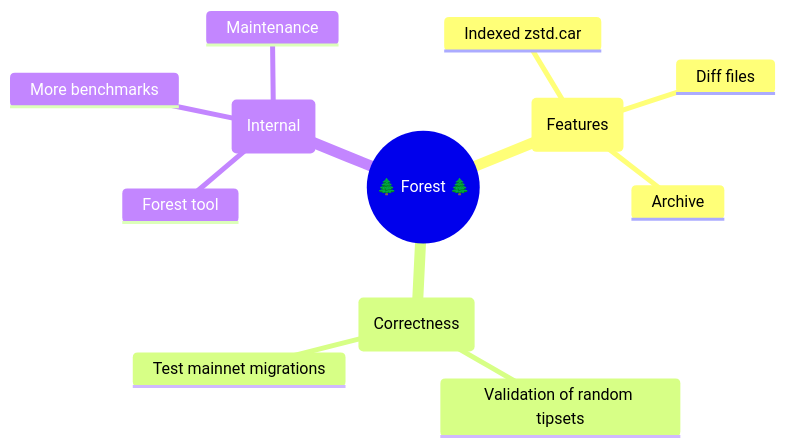
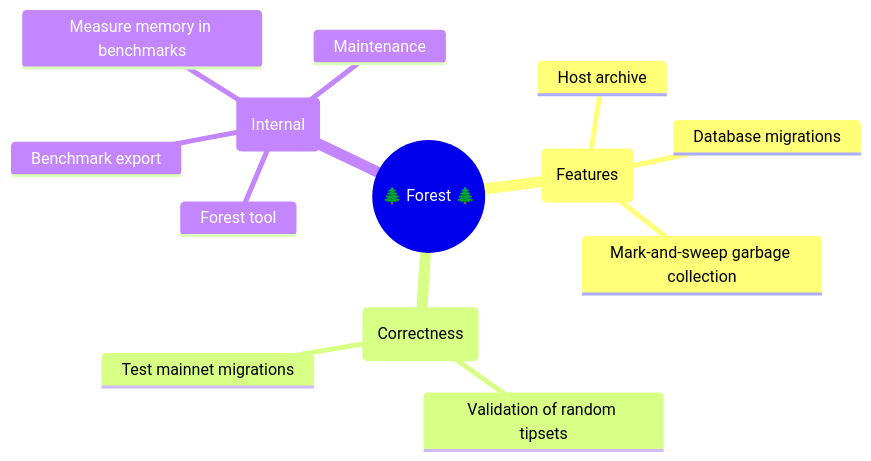
One commit to jennijuju/forest changed the second of 2 diagrams in documentation/mindmaps/2023-07-31.md. Above: the diagram before and after it, drawn with Mermaid.

Commit message:
define sprint goals

````diff
--- a/documentation/mindmaps/2023-07-31.md
+++ b/documentation/mindmaps/2023-07-31.md
@@ -35,15 +35,16 @@
 ```mermaid
 mindmap
   root((🌲 Forest 🌲))
     id(Features)
-      Indexed zstd.car
-      Diff files
-      Archive
+      Host archive
+      Database migrations
+      Mark-and-sweep garbage collection
     id(Correctness)
       Validation of random tipsets
       Test mainnet migrations
     id(Internal)
       Forest tool
-      More benchmarks
+      Benchmark export
+      Measure memory in benchmarks
       Maintenance
 ```
````
